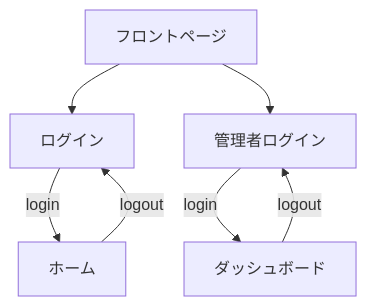
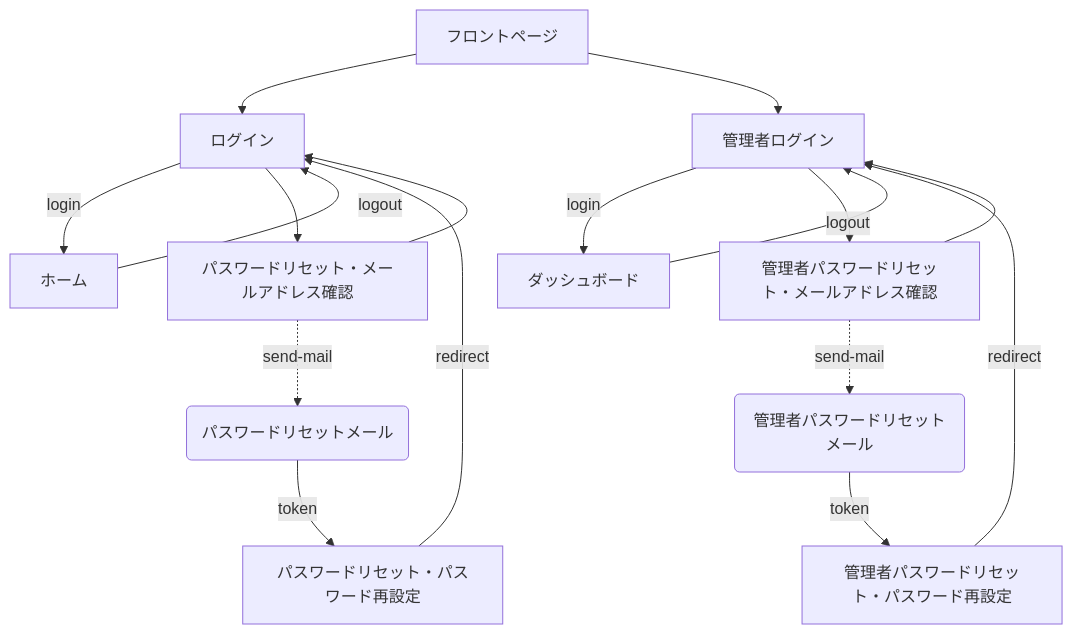
The first of 2 diagrams in specifications/ENV_OVERVIEW.md (DesignSupply/startify-app), drawn with Mermaid before and after one commit. The commit also changed other lines of this file and 2 other files, not shown here.

````diff
--- a/specifications/ENV_OVERVIEW.md
+++ b/specifications/ENV_OVERVIEW.md
@@ -68,9 +79,19 @@
 ```mermaid
 flowchart TD
     frontpage[フロントページ] --> signin[ログイン]
     signin -- login -->  home[ホーム]
     home -- logout --> signin
     frontpage --> admin[管理者ログイン]
     admin -- login --> dashboard[ダッシュボード]
     dashboard -- logout --> admin
+    signin --> password-forgot[パスワードリセット・メールアドレス確認]
+    password-forgot -.-> |send-mail| mail-password-forgot(パスワードリセットメール)
+    mail-password-forgot -- token --> password-reset[パスワードリセット・パスワード再設定]
+    password-reset -- redirect --> signin
+    password-forgot --> signin
+    admin --> admin-password-forgot[管理者パスワードリセット・メールアドレス確認]
+    admin-password-forgot -.-> |send-mail| mail-admin-password-forgot(管理者パスワードリセットメール)
+    mail-admin-password-forgot -- token --> admin-password-reset[管理者パスワードリセット・パスワード再設定]
+    admin-password-reset -- redirect --> admin
+    admin-password-forgot --> admin
 ```
````
